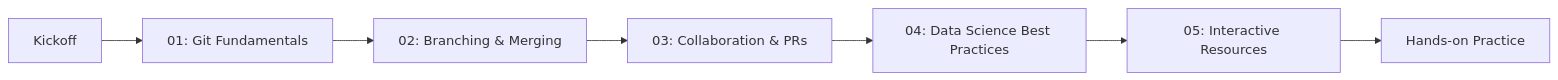
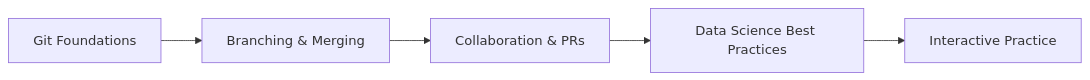
Before and after one commit to NextGenDataScienceClub/community: the diagram in learning-materials/Git/README.md, drawn with Mermaid. The commit also changed other lines of this file and 2 other files, not shown here.

Commit message:
fix/upd: Git repo README.md session mention removed | fixes in lists

````diff
--- a/learning-materials/Git/README.md
+++ b/learning-materials/Git/README.md
@@ -9,9 +9,7 @@
 ```mermaid
 flowchart LR
-    A[Kickoff] --> B[01: Git Fundamentals]
-    B --> C[02: Branching & Merging]
-    C --> D[03: Collaboration & PRs]
-    D --> E[04: Data Science Best Practices]
-    E --> F[05: Interactive Resources]
-    F --> G[Hands-on Practice]
+    A[Git Foundations] --> B[Branching & Merging]
+    B --> C[Collaboration & PRs]
+    C --> D[Data Science Best Practices]
+    D --> E[Interactive Practice]
 ```
````
